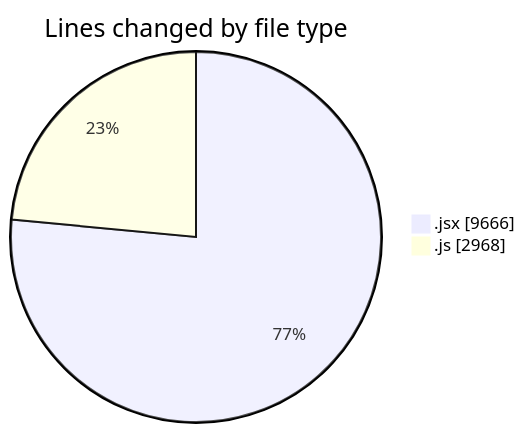
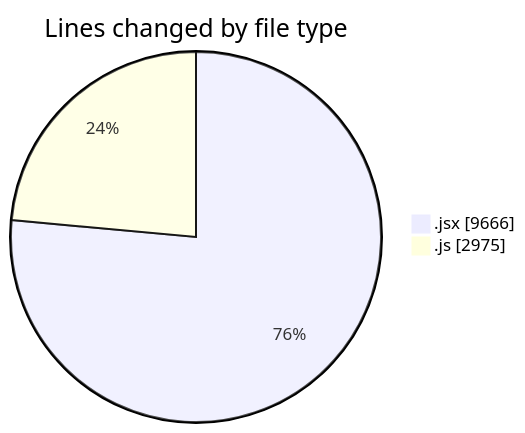
One commit to nxtqubesakshisongat/code-tracking changed the first of 2 diagrams in 2025-12-11/nxtqube_webapp/README.md. Above: the diagram before and after it, drawn with Mermaid. The commit also changed other lines of this file and 1 other file, not shown here.

````diff
--- a/2025-12-11/nxtqube_webapp/README.md
+++ b/2025-12-11/nxtqube_webapp/README.md
@@ -34,6 +34,6 @@
 ```mermaid
 pie showData
 title Lines changed by file type
 ".jsx" : 9666
-".js" : 2968
+".js" : 2975
 ```
````
